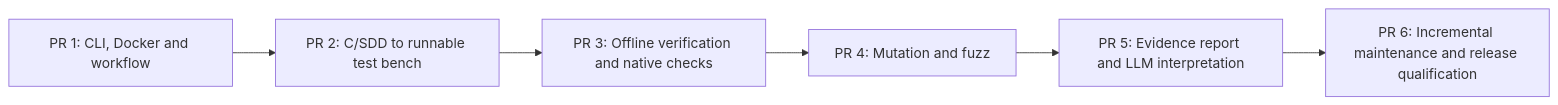
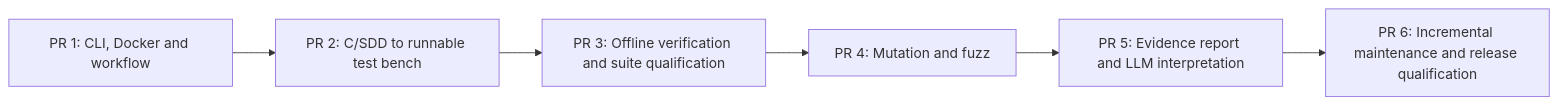
Before and after one commit to aradenac/utest-machinery: the diagram in docs/plan/implementation.md, drawn with Mermaid. The commit also changed other lines of this file, not shown here.

Commit message:
docs(plan): expand PR3 to qualify generated suite sensitivity independently

````diff
--- a/docs/plan/implementation.md
+++ b/docs/plan/implementation.md
@@ -5,8 +5,8 @@
 ```mermaid
 flowchart LR
   A["PR 1: CLI, Docker and workflow"] --> B["PR 2: C/SDD to runnable test bench"]
-  B --> C["PR 3: Offline verification and native checks"]
+  B --> C["PR 3: Offline verification and suite qualification"]
   C --> D["PR 4: Mutation and fuzz"]
   D --> E["PR 5: Evidence report and LLM interpretation"]
   E --> F["PR 6: Incremental maintenance and release qualification"]
 ```
````
